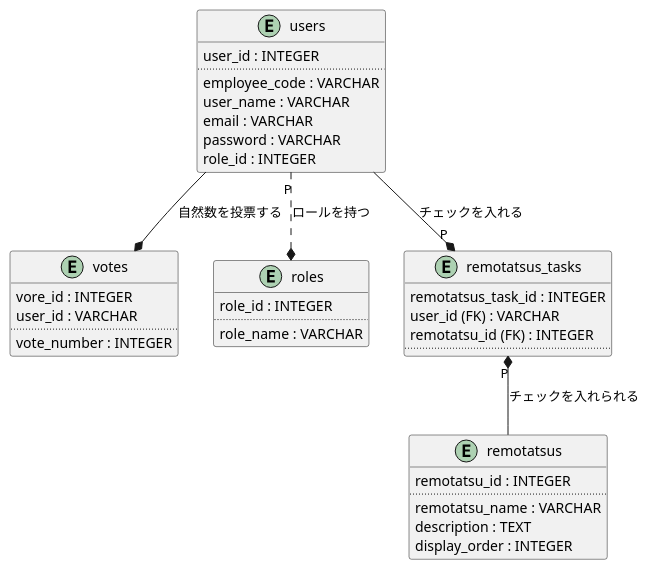
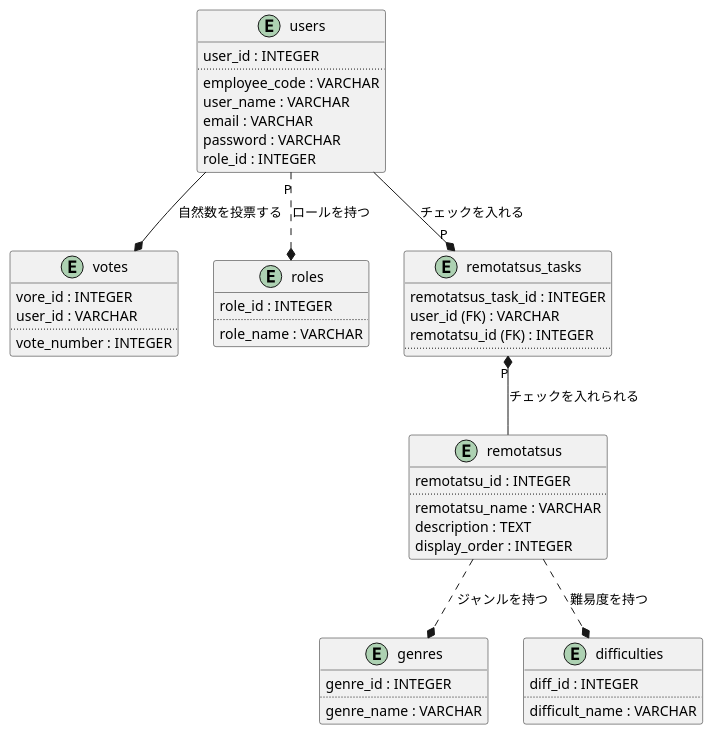
The first of 2 diagrams in design_doc.md (Inazuma110/remotatsu_jumbo), drawn with PlantUML before and after one commit.

Commit message:
fix: ER図の更新

````diff
--- a/design_doc.md
+++ b/design_doc.md
@@ -3,48 +3,62 @@
 ```plantuml
 @startuml
 entity "users" as user_table {
   user_id : INTEGER
   ..
   employee_code : VARCHAR
   user_name : VARCHAR
   email : VARCHAR
   password : VARCHAR
   role_id : INTEGER
 }
 
 entity "votes" as vote_table {
   vore_id : INTEGER
   user_id : VARCHAR
   ..
   vote_number : INTEGER
 }
 
 entity "roles" as role_table {
   role_id : INTEGER
   ..
   role_name : VARCHAR
 }
 
 entity "remotatsus" as remotatsu_table{
   remotatsu_id : INTEGER
   ..
   remotatsu_name : VARCHAR
   description : TEXT
   display_order : INTEGER
 }
 
 entity "remotatsus_tasks" as check_table{
   remotatsus_task_id : INTEGER
   user_id (FK) : VARCHAR
   remotatsu_id (FK) : INTEGER
   ..
 }
 
+entity "genres" as genre_table{
+    genre_id : INTEGER
+    ..
+    genre_name : VARCHAR
+}
+
+entity "difficulties" as diff_table{
+    diff_id : INTEGER
+    ..
+    difficult_name : VARCHAR
+}
+
 user_table --* "P" check_table : チェックを入れる
 check_table  "P" *-- remotatsu_table : チェックを入れられる
 user_table "P" ..* role_table : ロールを持つ
 user_table --* vote_table : 自然数を投票する
+remotatsu_table ..* genre_table : ジャンルを持つ
+remotatsu_table ..* diff_table : 難易度を持つ
 
 
 @enduml
 ```
````
